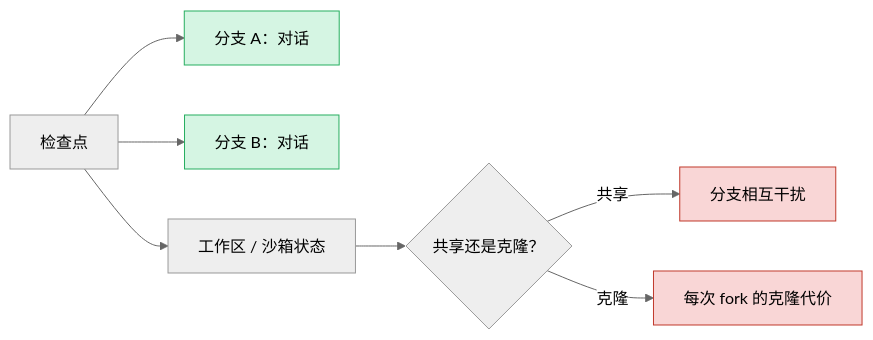
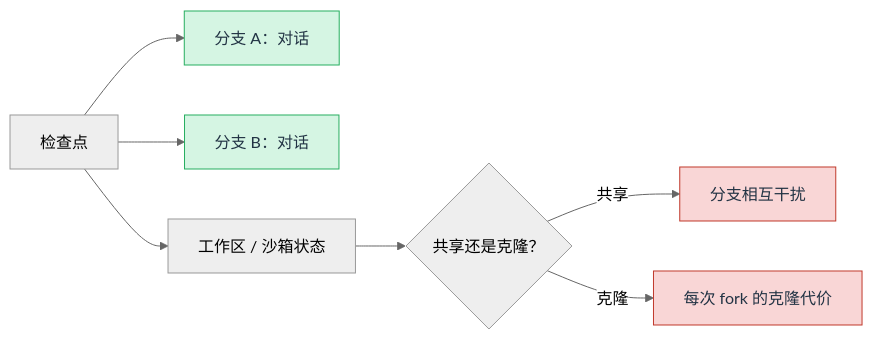
Before and after one commit to latere-ai/ai-as-an-infrastructure: the third of 4 diagrams in zh/p5-orchestration/22-memory-systems.qmd, drawn with Mermaid (neutral theme). The commit also changed other lines of this file and 186 other files, not shown here.

First line of the commit message:
book: visual audit pass on all diagrams and figures

````diff
--- a/zh/p5-orchestration/22-memory-systems.qmd
+++ b/zh/p5-orchestration/22-memory-systems.qmd
@@ -109,18 +113,18 @@
 ```{mermaid}
 %%| label: fig-memory-branching
 %%| fig-cap: "给对话状态分支是一次廉价的指针操作，而共享工作区则逼出一个二选一：要么分支相互干扰，要么每次 fork 都付克隆代价。"
 graph LR
-    classDef easy fill:#d5f5e3,stroke:#27ae60
-    classDef hard fill:#f9d6d6,stroke:#c0392b
+    classDef easy fill:#d5f5e3,stroke:#27ae60,color:#234
+    classDef hard fill:#f9d6d6,stroke:#c0392b,color:#234
 
     CK["检查点"]
     CK --> B1["分支 A：对话"]
     CK --> B2["分支 B：对话"]
     CK --> W["工作区 / 沙箱状态"]
     W --> C{"共享还是克隆？"}
     C -->|"共享"| RACE["分支相互干扰"]
     C -->|"克隆"| COST["每次 fork 的克隆代价"]
 
     class B1,B2 easy
     class RACE,COST hard
 ```
````
